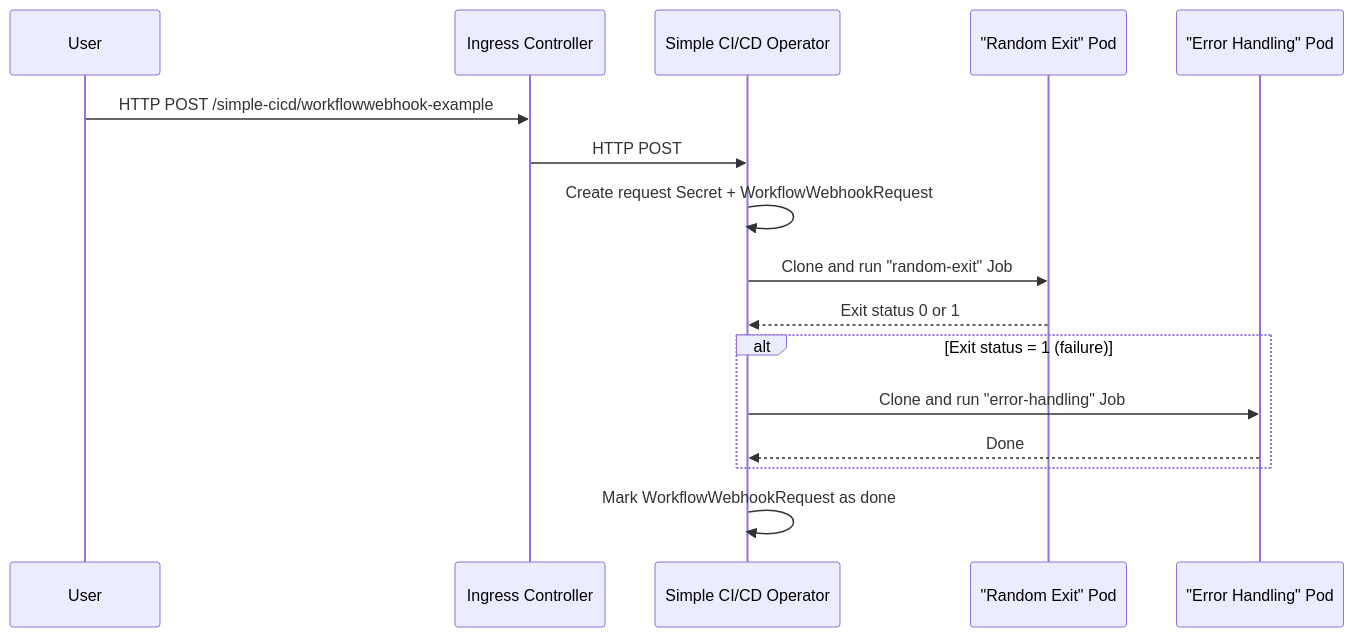
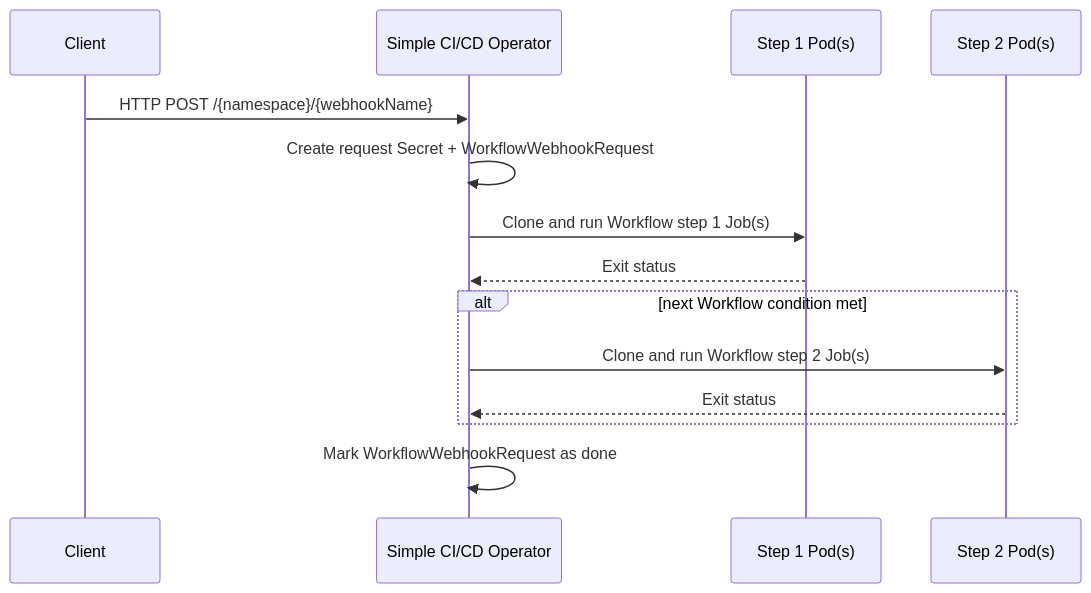
One commit to jlsalvador/simple-cicd changed the second of 2 diagrams in README.md. Above: the diagram before and after it, drawn with Mermaid. The commit also changed other lines of this file, not shown here.

````diff
--- a/README.md
+++ b/README.md
@@ -77,21 +79,19 @@
 ```mermaid
 sequenceDiagram
-  participant User
-  participant Ingress as Ingress Controller
+  participant Client
   participant Operator as Simple CI/CD Operator
-  participant Pod1 as "Random Exit" Pod
-  participant Pod2 as "Error Handling" Pod
+  participant Step1 as Step 1 Pod(s)
+  participant Step2 as Step 2 Pod(s)
 
-  User->>Ingress: HTTP POST /simple-cicd/workflowwebhook-example
-  Ingress->>Operator: HTTP POST
+  Client->>Operator: HTTP POST /{namespace}/{webhookName}
   Operator->>Operator: Create request Secret + WorkflowWebhookRequest
-  Operator->>Pod1: Clone and run "random-exit" Job
-  Pod1-->>Operator: Exit status 0 or 1
+  Operator->>Step1: Clone and run Workflow step 1 Job(s)
+  Step1-->>Operator: Exit status
 
-  alt Exit status = 1 (failure)
-    Operator->>Pod2: Clone and run "error-handling" Job
-    Pod2-->>Operator: Done
+  alt next Workflow condition met
+    Operator->>Step2: Clone and run Workflow step 2 Job(s)
+    Step2-->>Operator: Exit status
   end
 
   Operator->>Operator: Mark WorkflowWebhookRequest as done
 ```
````
